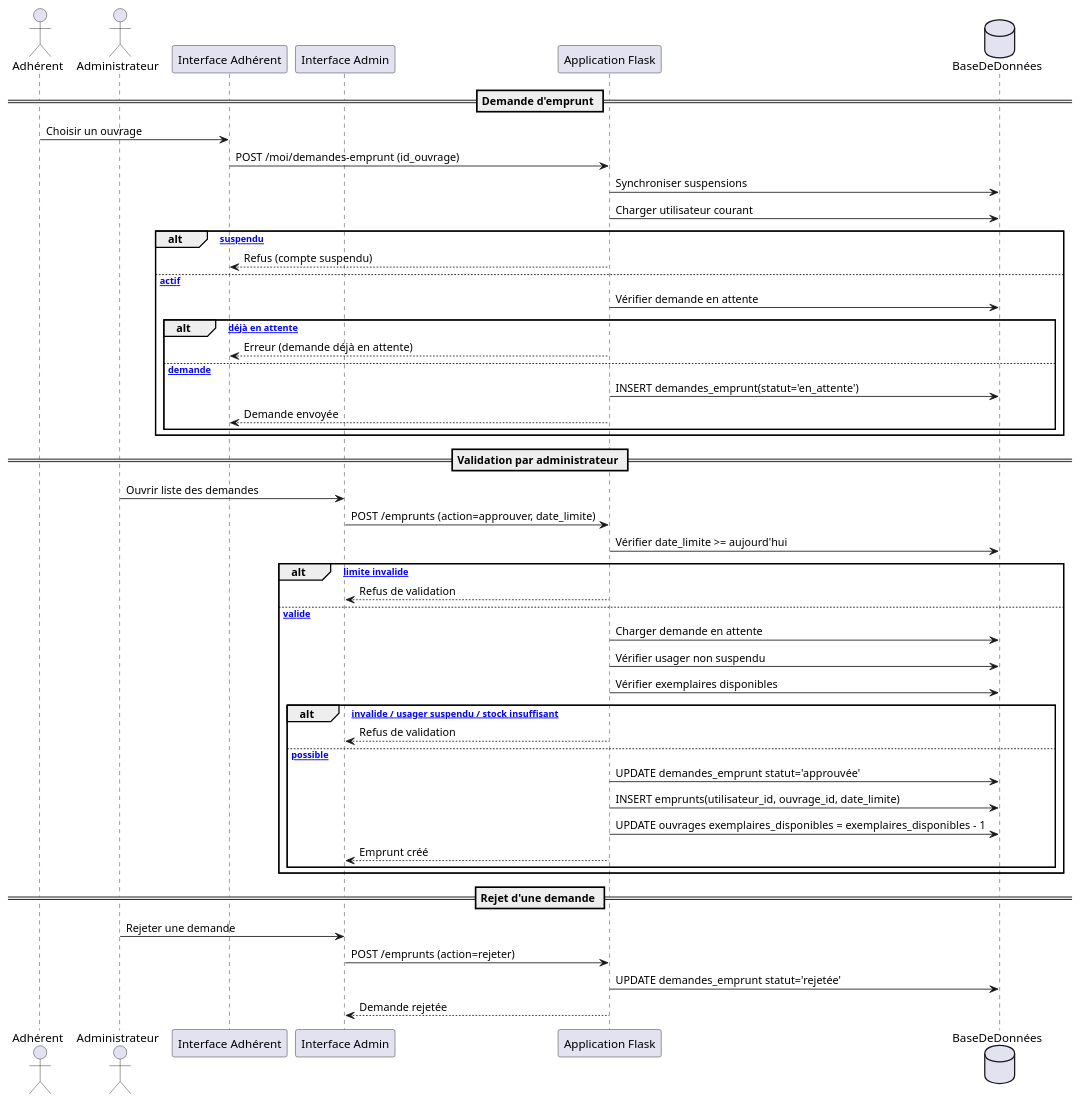
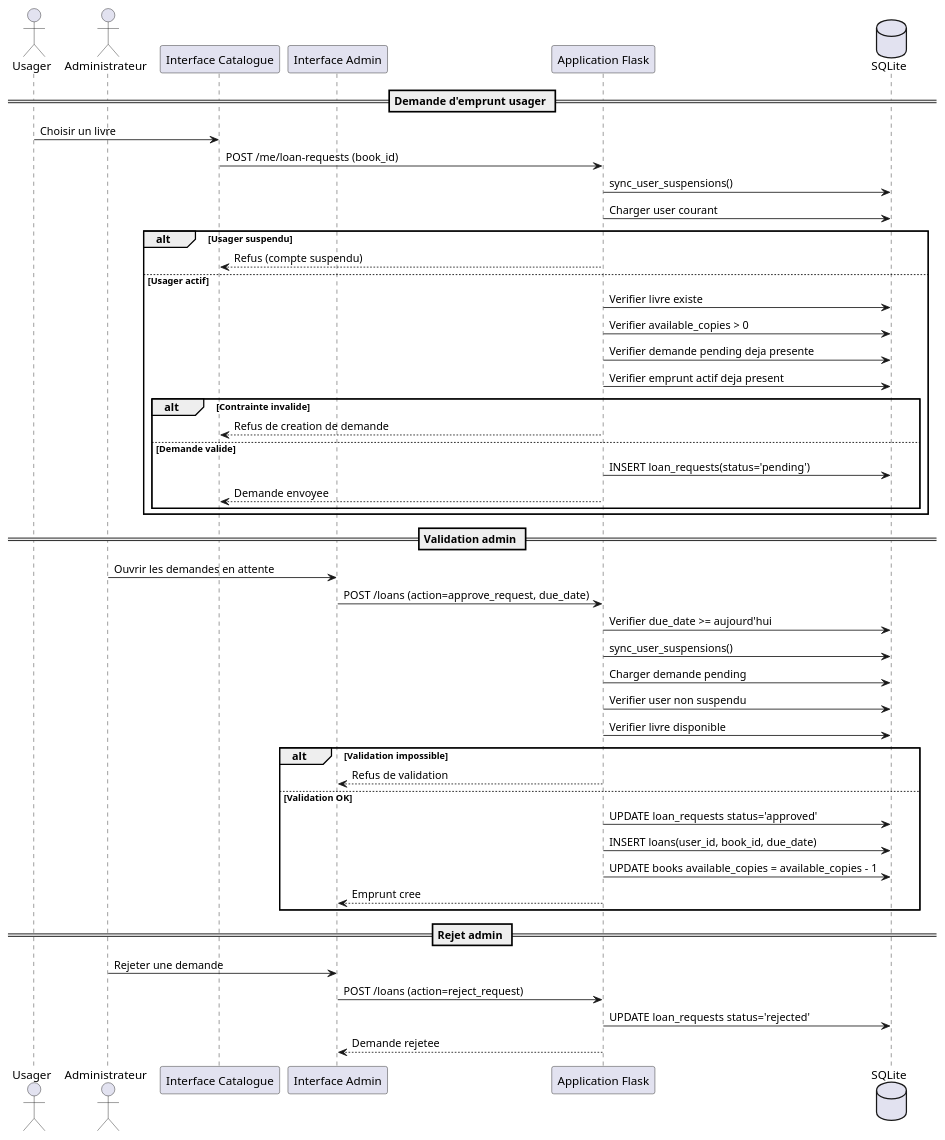
One commit to JunRoot29/Gestion-d-une-Bibliotheque changed the diagram in diagrams/sequence_emprunt.puml. Above: the diagram before and after it, drawn with PlantUML. The commit also changed 7 other files, not shown here.

Commit message:
Mise à jour des diagrammes

```diff
--- a/diagrams/sequence_emprunt.puml
+++ b/diagrams/sequence_emprunt.puml
@@ -1,54 +1,54 @@
 @startuml
-actor Adhérent
-actor Administrateur
-participant "Interface Adhérent" as UUI
+actor "Usager" as U
+actor "Administrateur" as A
+participant "Interface Catalogue" as UUI
 participant "Interface Admin" as AUI
 participant "Application Flask" as APP
-database BaseDeDonnées as DB
+database "SQLite" as DB
 
-== Demande d'emprunt ==
-Adhérent -> UUI : Choisir un ouvrage
-UUI -> APP : POST /moi/demandes-emprunt (id_ouvrage)
-APP -> DB : Synchroniser suspensions
-APP -> DB : Charger utilisateur courant
+== Demande d'emprunt usager ==
+U -> UUI : Choisir un livre
+UUI -> APP : POST /me/loan-requests (book_id)
+APP -> DB : sync_user_suspensions()
+APP -> DB : Charger user courant
 
-alt [Usager suspendu]
+alt Usager suspendu
   APP --> UUI : Refus (compte suspendu)
-else [Usager actif]
-  APP -> DB : Vérifier demande en attente
-  alt [Demande déjà en attente]
-    APP --> UUI : Erreur (demande déjà en attente)
-  else [Nouvelle demande]
-    APP -> DB : INSERT demandes_emprunt(statut='en_attente')
-    APP --> UUI : Demande envoyée
+else Usager actif
+  APP -> DB : Verifier livre existe
+  APP -> DB : Verifier available_copies > 0
+  APP -> DB : Verifier demande pending deja presente
+  APP -> DB : Verifier emprunt actif deja present
+
+  alt Contrainte invalide
+    APP --> UUI : Refus de creation de demande
+  else Demande valide
+    APP -> DB : INSERT loan_requests(status='pending')
+    APP --> UUI : Demande envoyee
   end
 end
 
-== Validation par administrateur ==
-Administrateur -> AUI : Ouvrir liste des demandes
-AUI -> APP : POST /emprunts (action=approuver, date_limite)
-APP -> DB : Vérifier date_limite >= aujourd'hui
+== Validation admin ==
+A -> AUI : Ouvrir les demandes en attente
+AUI -> APP : POST /loans (action=approve_request, due_date)
+APP -> DB : Verifier due_date >= aujourd'hui
+APP -> DB : sync_user_suspensions()
+APP -> DB : Charger demande pending
+APP -> DB : Verifier user non suspendu
+APP -> DB : Verifier livre disponible
 
-alt [Date limite invalide]
+alt Validation impossible
   APP --> AUI : Refus de validation
-else [Date valide]
-  APP -> DB : Charger demande en attente
-  APP -> DB : Vérifier usager non suspendu
-  APP -> DB : Vérifier exemplaires disponibles
-
-  alt [Demande invalide / usager suspendu / stock insuffisant]
-    APP --> AUI : Refus de validation
-  else [Approbation possible]
-    APP -> DB : UPDATE demandes_emprunt statut='approuvée'
-    APP -> DB : INSERT emprunts(utilisateur_id, ouvrage_id, date_limite)
-    APP -> DB : UPDATE ouvrages exemplaires_disponibles = exemplaires_disponibles - 1
-    APP --> AUI : Emprunt créé
-  end
+else Validation OK
+  APP -> DB : UPDATE loan_requests status='approved'
+  APP -> DB : INSERT loans(user_id, book_id, due_date)
+  APP -> DB : UPDATE books available_copies = available_copies - 1
+  APP --> AUI : Emprunt cree
 end
 
-== Rejet d'une demande ==
-Administrateur -> AUI : Rejeter une demande
-AUI -> APP : POST /emprunts (action=rejeter)
-APP -> DB : UPDATE demandes_emprunt statut='rejetée'
-APP --> AUI : Demande rejetée
+== Rejet admin ==
+A -> AUI : Rejeter une demande
+AUI -> APP : POST /loans (action=reject_request)
+APP -> DB : UPDATE loan_requests status='rejected'
+APP --> AUI : Demande rejetee
 @enduml
```
